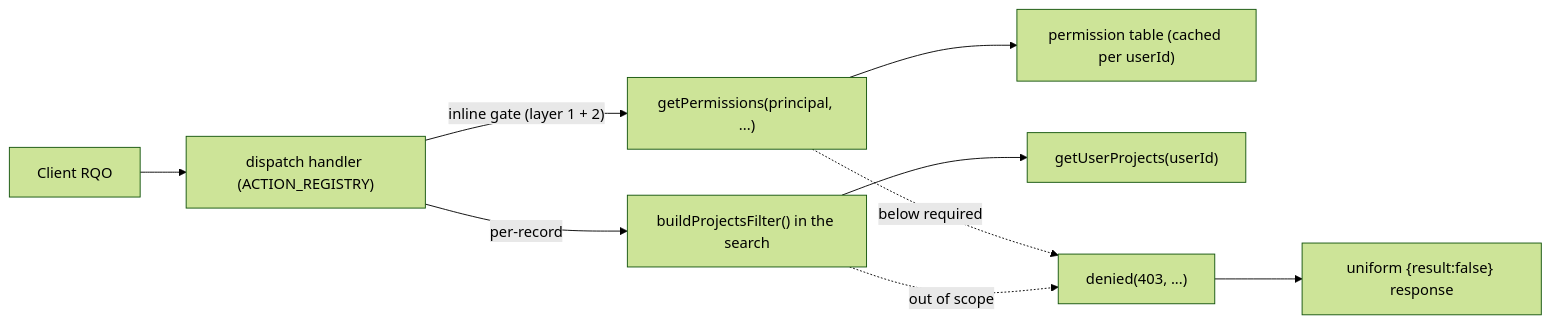
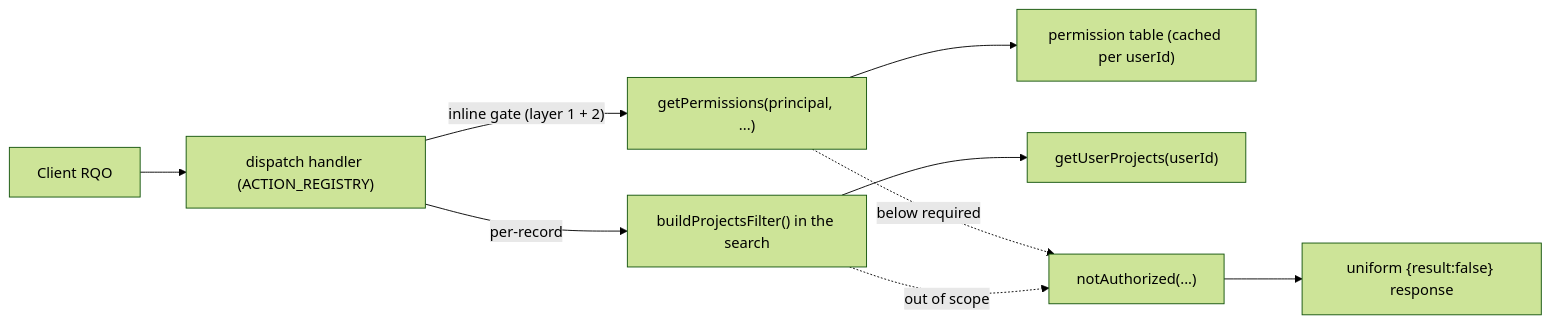
The second of 2 diagrams in docs/core/system/security.md (renderpci/dedalo), drawn with Mermaid (forest theme) before and after one commit. The commit also changed other lines of this file and 32 other files, not shown here.

````diff
--- a/docs/core/system/security.md
+++ b/docs/core/system/security.md
@@ -278,11 +311,11 @@
 ```mermaid
 flowchart LR
     C["Client RQO"] --> API["dispatch handler (ACTION_REGISTRY)"]
     API -->|"inline gate (layer 1 + 2)"| GP["getPermissions(principal, ...)"]
     GP --> TBL["permission table (cached per userId)"]
     API -->|"per-record"| PF["buildProjectsFilter() in the search"]
     PF --> PROJ["getUserProjects(userId)"]
-    GP -. below required .-> DEN["denied(403, ...)"]
+    GP -. below required .-> DEN["notAuthorized(...)"]
     PF -. out of scope .-> DEN
     DEN --> RESP["uniform {result:false} response"]
 ```
````
